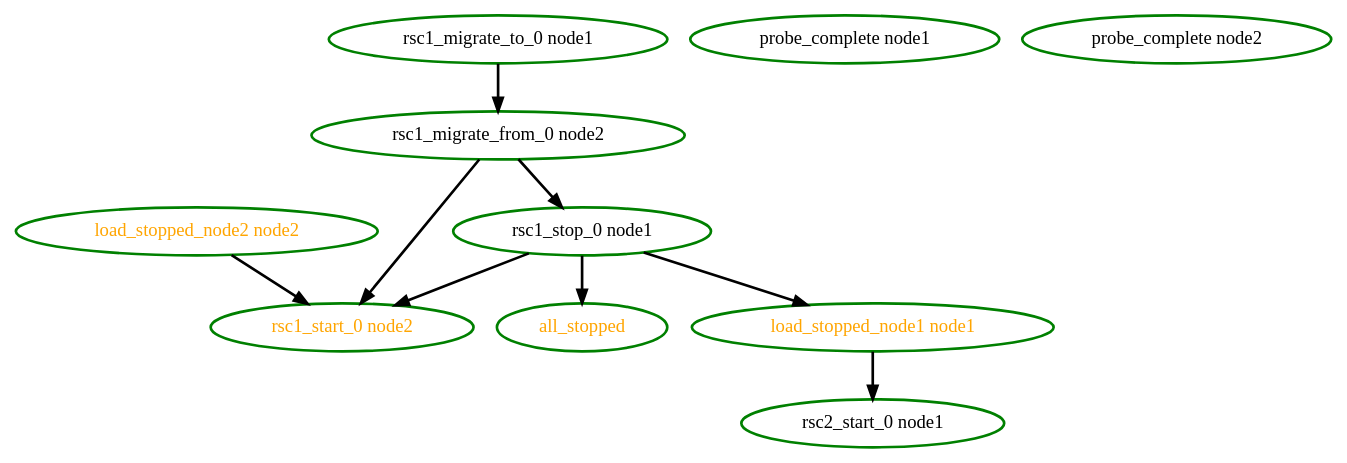
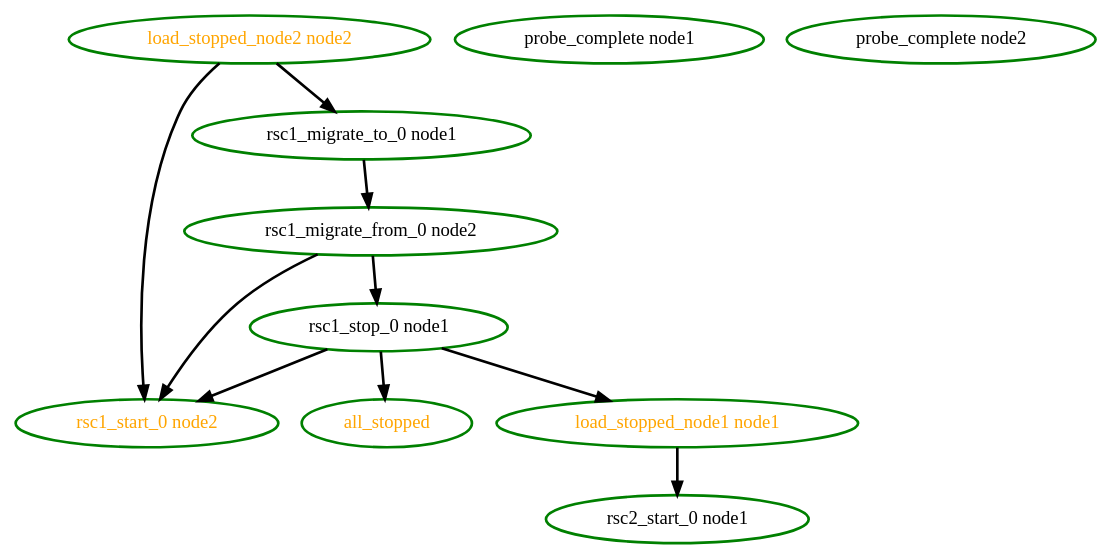
Before and after one commit to ClusterLabs/pacemaker: the diagram in pengine/test10/utilization-order3.dot, drawn with Graphviz. The commit also changed 11 other files, not shown here.

Commit message:
Test: pengine: cl#5200 - Before migrating utilization-using resources to a node, take off the load that will no longer run there if it's not introducing transition loop

```diff
--- a/pengine/test10/utilization-order3.dot
+++ b/pengine/test10/utilization-order3.dot
@@ -1,20 +1,21 @@
 digraph "g" {
 "all_stopped" [ style=bold color="green" fontcolor="orange" ]
 "load_stopped_node1 node1" -> "rsc2_start_0 node1" [ style = bold]
 "load_stopped_node1 node1" [ style=bold color="green" fontcolor="orange" ]
+"load_stopped_node2 node2" -> "rsc1_migrate_to_0 node1" [ style = bold]
 "load_stopped_node2 node2" -> "rsc1_start_0 node2" [ style = bold]
 "load_stopped_node2 node2" [ style=bold color="green" fontcolor="orange" ]
 "probe_complete node1" [ style=bold color="green" fontcolor="black" ]
 "probe_complete node2" [ style=bold color="green" fontcolor="black" ]
 "rsc1_migrate_from_0 node2" -> "rsc1_start_0 node2" [ style = bold]
 "rsc1_migrate_from_0 node2" -> "rsc1_stop_0 node1" [ style = bold]
 "rsc1_migrate_from_0 node2" [ style=bold color="green" fontcolor="black" ]
 "rsc1_migrate_to_0 node1" -> "rsc1_migrate_from_0 node2" [ style = bold]
 "rsc1_migrate_to_0 node1" [ style=bold color="green" fontcolor="black" ]
 "rsc1_start_0 node2" [ style=bold color="green" fontcolor="orange" ]
 "rsc1_stop_0 node1" -> "all_stopped" [ style = bold]
 "rsc1_stop_0 node1" -> "load_stopped_node1 node1" [ style = bold]
 "rsc1_stop_0 node1" -> "rsc1_start_0 node2" [ style = bold]
 "rsc1_stop_0 node1" [ style=bold color="green" fontcolor="black" ]
 "rsc2_start_0 node1" [ style=bold color="green" fontcolor="black" ]
 }
```
